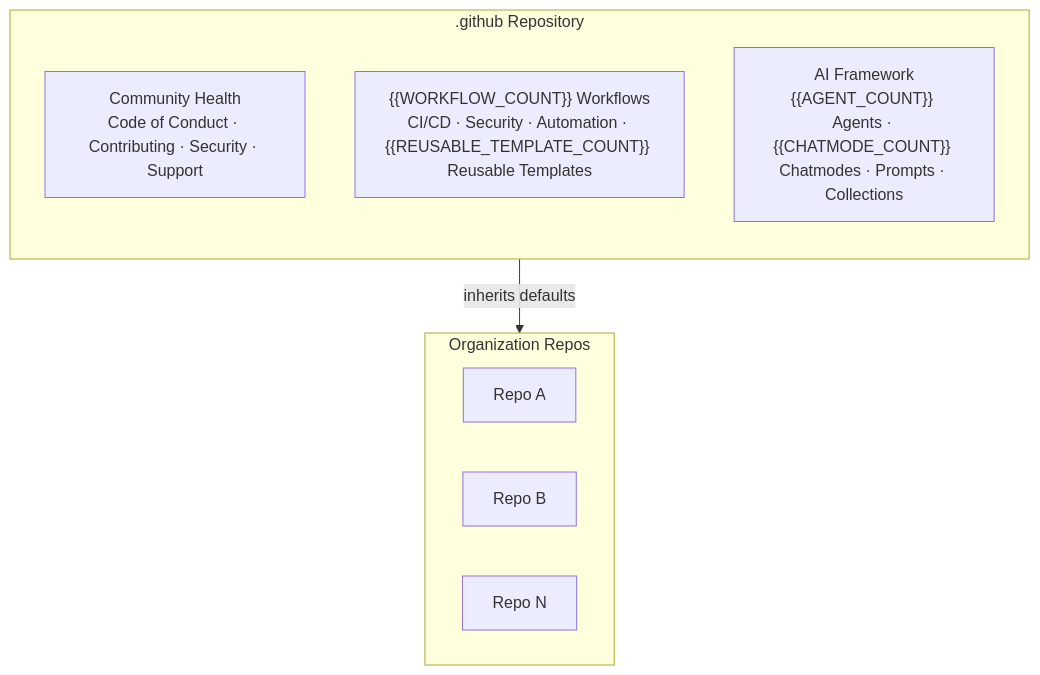
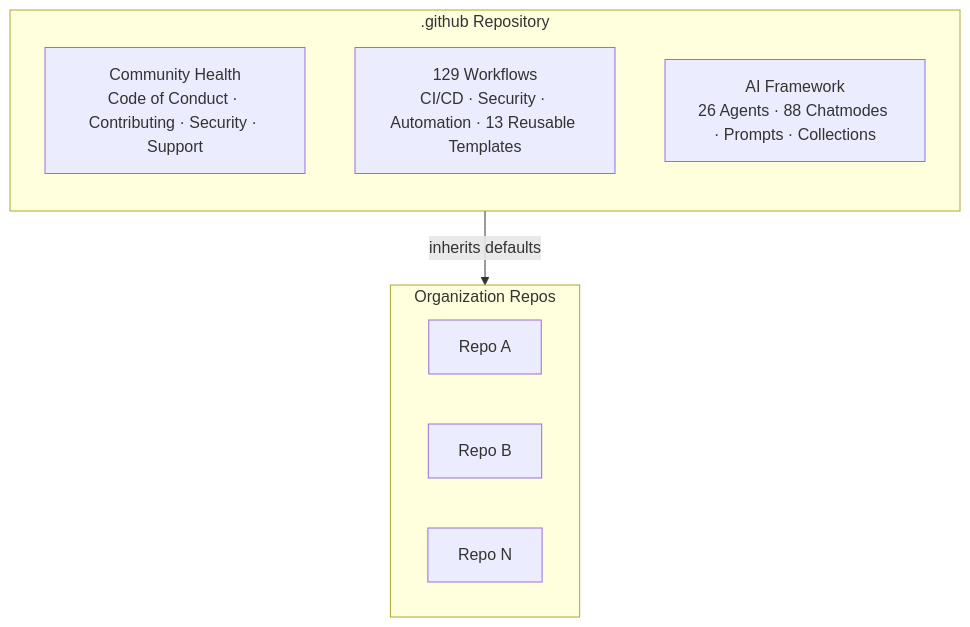
The diagram in README.md (ivviiviivvi/.github), drawn with Mermaid before and after one commit. The commit also changed other lines of this file, not shown here.

Commit message:
docs: render root README template values

````diff
--- a/README.md
+++ b/README.md
@@ -55,15 +55,15 @@
 ```mermaid
 graph TB
     subgraph dotgithub[".github Repository"]
         direction TB
         governance["Community Health<br/>Code of Conduct · Contributing · Security · Support"]
-        workflows["{{WORKFLOW_COUNT}} Workflows<br/>CI/CD · Security · Automation · {{REUSABLE_TEMPLATE_COUNT}} Reusable Templates"]
-        ai["AI Framework<br/>{{AGENT_COUNT}} Agents · {{CHATMODE_COUNT}} Chatmodes · Prompts · Collections"]
+        workflows["129 Workflows<br/>CI/CD · Security · Automation · 13 Reusable Templates"]
+        ai["AI Framework<br/>26 Agents · 88 Chatmodes · Prompts · Collections"]
     end
     subgraph org["Organization Repos"]
         R1[Repo A]
         R2[Repo B]
         R3[Repo N]
     end
     dotgithub -->|inherits defaults| org
 ```
````
